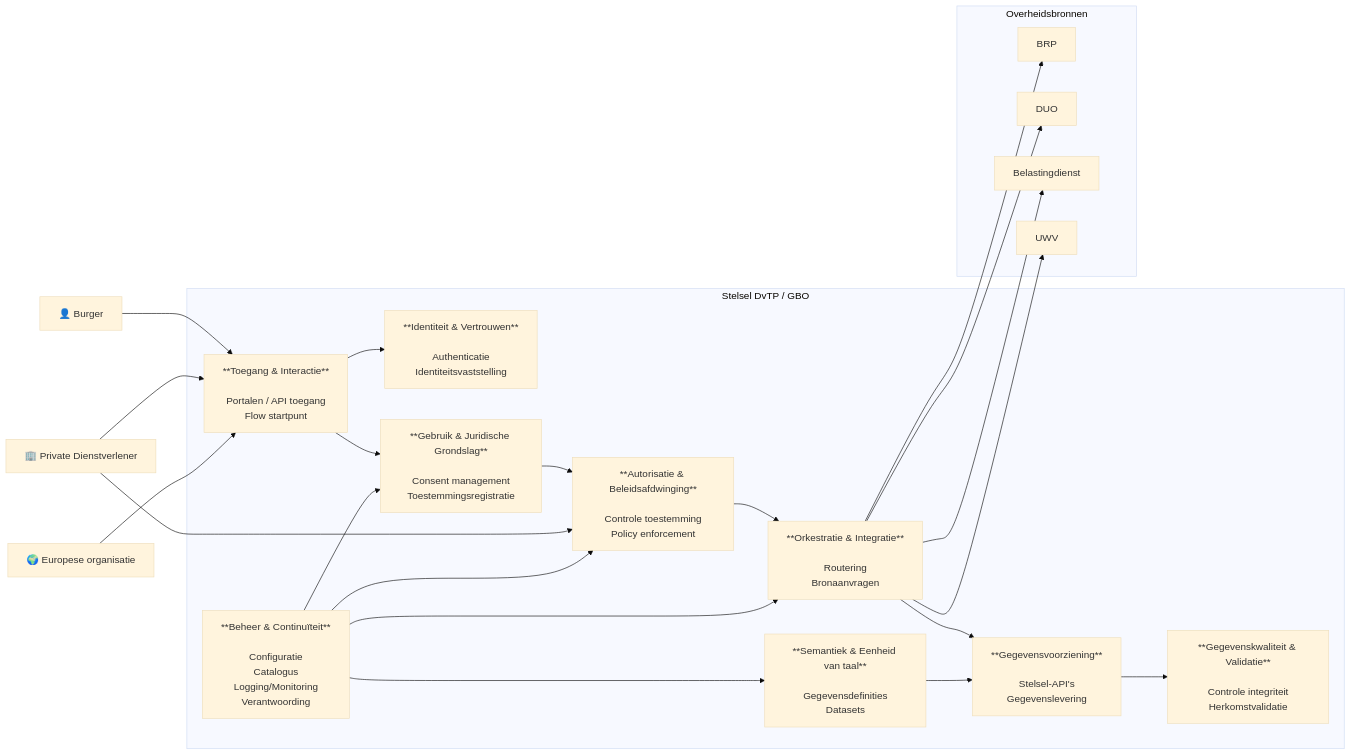
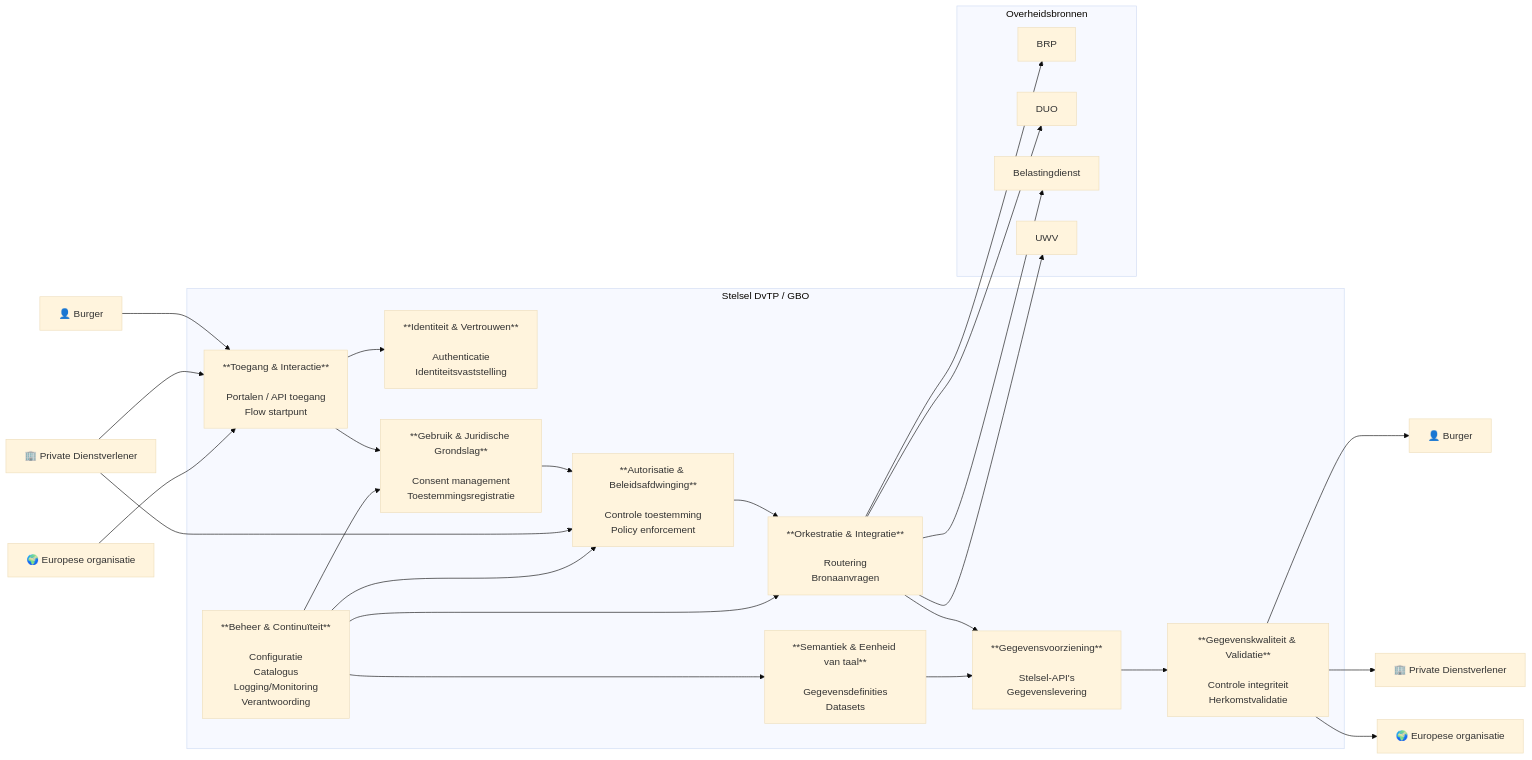
The diagram in docs/diagrammen/container-capability-map.mmd (Govert-Claus/GBO-DvTP), drawn with Mermaid (base theme) before and after one commit.

````diff
--- a/docs/diagrammen/container-capability-map.mmd
+++ b/docs/diagrammen/container-capability-map.mmd
@@ -4,7 +4,7 @@
 
 flowchart LR
 
-%% Actors
+%% Actors-asking
 
 Citizen["👤 Burger"]
 PD["🏢 Private Dienstverlener"]
@@ -74,6 +74,13 @@
 
 end
 
+%% Actors-receiving
+
+CitizenR["👤 Burger"]
+PDR["🏢 Private Dienstverlener"]
+EUR["🌍 Europese organisatie"]
+
+
 %% Interacties
 
 Citizen --> TI
@@ -105,4 +112,8 @@
 GOV --> SEM
 GOV --> ORCH
 
+VAL --> CitizenR
+VAL --> PDR
+VAL --> EUR
+
 ```
````
